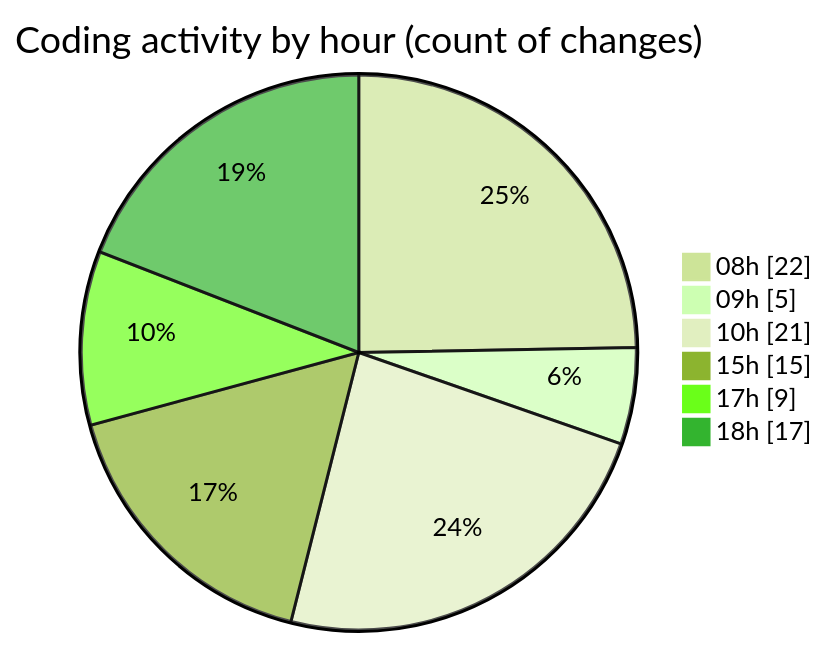
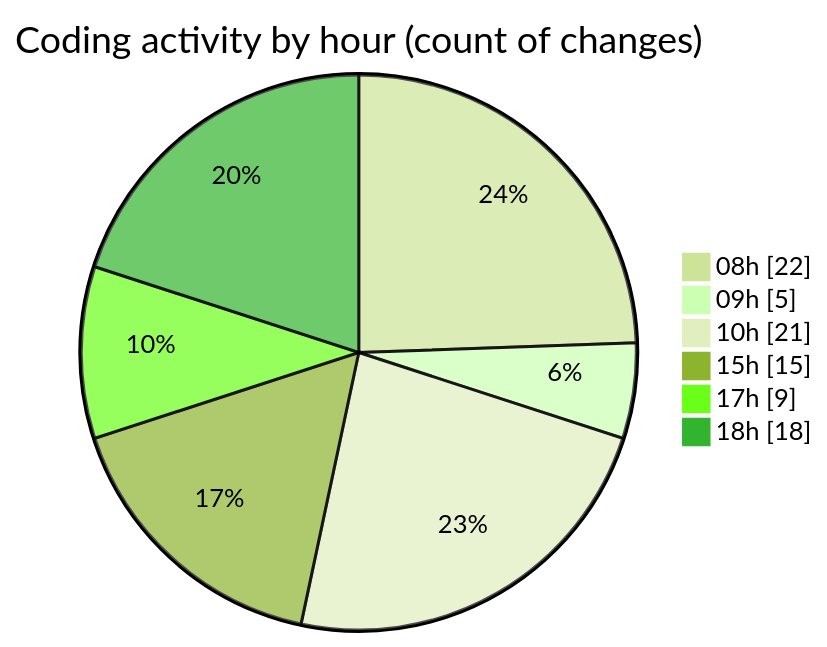
Before and after one commit to robertbonfada/code-tracking: the second of 2 diagrams in 2025-02-17/mbc-web/README.md, drawn with Mermaid (forest theme). The commit also changed other lines of this file and 1 other file, not shown here.

````diff
--- a/2025-02-17/mbc-web/README.md
+++ b/2025-02-17/mbc-web/README.md
@@ -46,10 +46,10 @@
 ```mermaid
 pie showData
 title Coding activity by hour (count of changes)
 "08h" : 22
 "09h" : 5
 "10h" : 21
 "15h" : 15
 "17h" : 9
-"18h" : 17
+"18h" : 18
 ```
````
